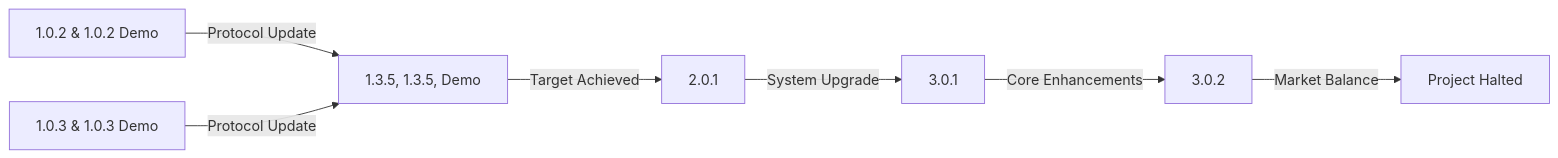
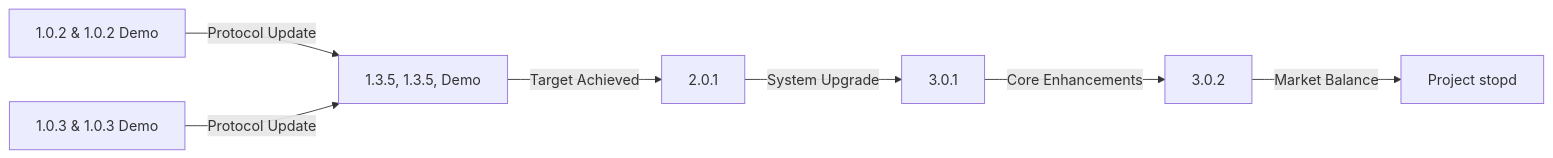
Before and after one commit to Amirhosin282/Dtire: the second of 4 diagrams in README.md, drawn with Mermaid. The commit also changed other lines of this file, not shown here.

````diff
--- a/README.md
+++ b/README.md
@@ -40,7 +92,7 @@
 ```mermaid
 graph LR
     A[1.0.2 & 1.0.2 Demo] & B[1.0.3 & 1.0.3 Demo] --> |Protocol Update| C[1.3.5, 1.3.5, Demo]
     C --> |Target Achieved| D[2.0.1] -->|System Upgrade| E[3.0.1]
     E -->|Core Enhancements| F[3.0.2]
-    F --> |Market Balance| G[Project Halted]
+    F --> |Market Balance| G[Project stopd]
 ```
````
